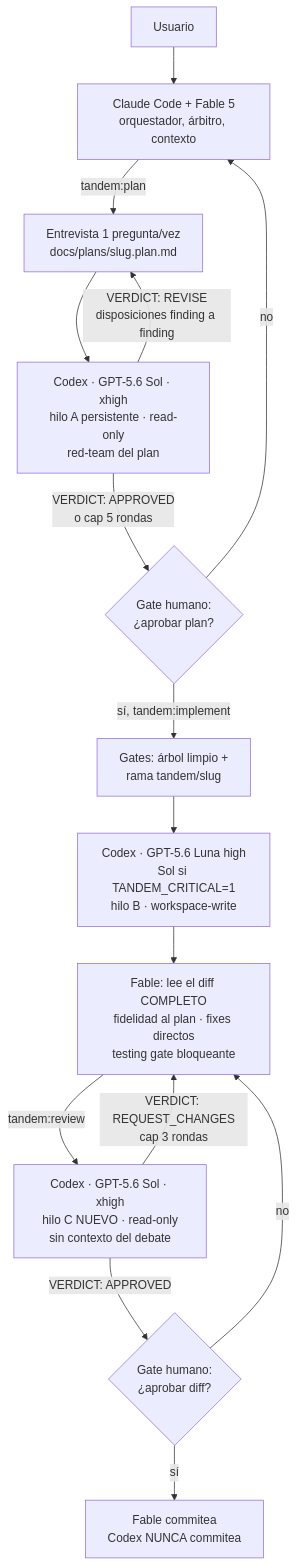
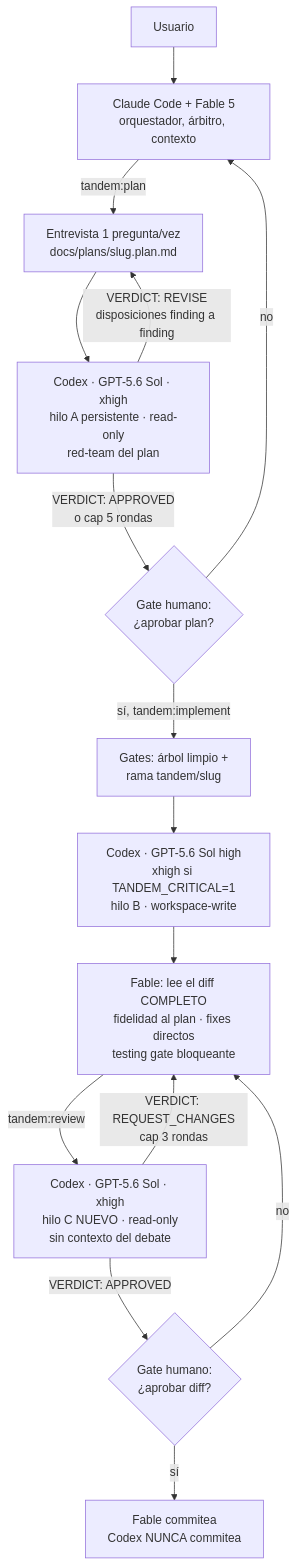
Before and after one commit to LivWorksDev/Claude_GPT: the diagram in docs/ARCHITECTURE.md, drawn with Mermaid. The commit also changed other lines of this file and 8 other files, not shown here.

````diff
--- a/docs/ARCHITECTURE.md
+++ b/docs/ARCHITECTURE.md
@@ -5,21 +5,21 @@
 ```mermaid
 flowchart TD
     U[Usuario] --> F[Claude Code + Fable 5<br/>orquestador, árbitro, contexto]
 
     F -->|tandem:plan| P[Entrevista 1 pregunta/vez<br/>docs/plans/slug.plan.md]
     P --> S1[Codex · GPT-5.6 Sol · xhigh<br/>hilo A persistente · read-only<br/>red-team del plan]
     S1 -->|VERDICT: REVISE<br/>disposiciones finding a finding| P
     S1 -->|VERDICT: APPROVED<br/>o cap 5 rondas| H1{Gate humano:<br/>¿aprobar plan?}
 
     H1 -->|sí, tandem:implement| G[Gates: árbol limpio +<br/>rama tandem/slug]
-    G --> L[Codex · GPT-5.6 Luna high<br/>Sol si TANDEM_CRITICAL=1<br/>hilo B · workspace-write]
+    G --> L[Codex · GPT-5.6 Sol high<br/>xhigh si TANDEM_CRITICAL=1<br/>hilo B · workspace-write]
     L --> V[Fable: lee el diff COMPLETO<br/>fidelidad al plan · fixes directos<br/>testing gate bloqueante]
 
     V -->|tandem:review| S2[Codex · GPT-5.6 Sol · xhigh<br/>hilo C NUEVO · read-only<br/>sin contexto del debate]
     S2 -->|VERDICT: REQUEST_CHANGES<br/>cap 3 rondas| V
     S2 -->|VERDICT: APPROVED| H2{Gate humano:<br/>¿aprobar diff?}
 
     H2 -->|sí| C[Fable commitea<br/>Codex NUNCA commitea]
     H1 -->|no| F
     H2 -->|no| V
 ```
````
